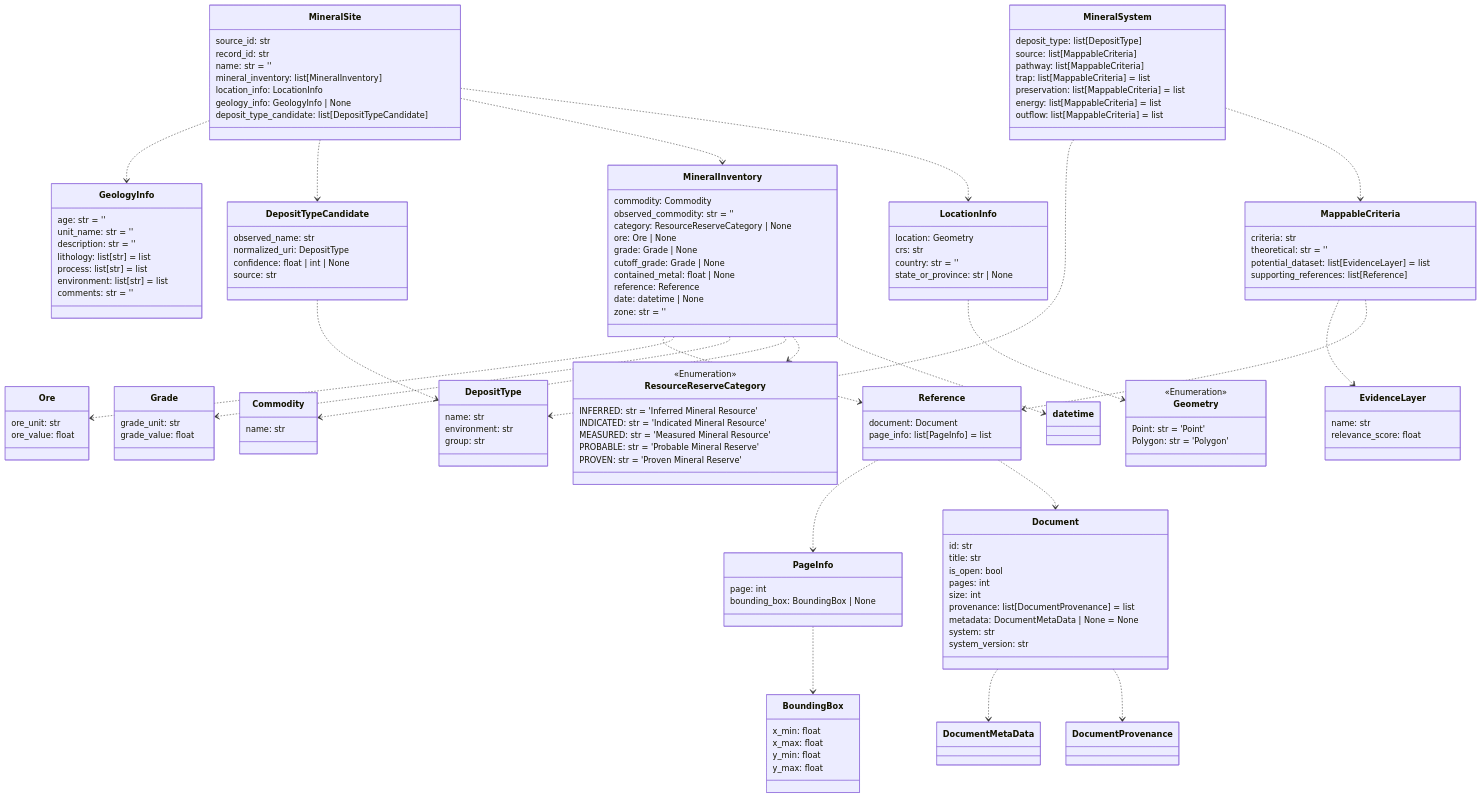
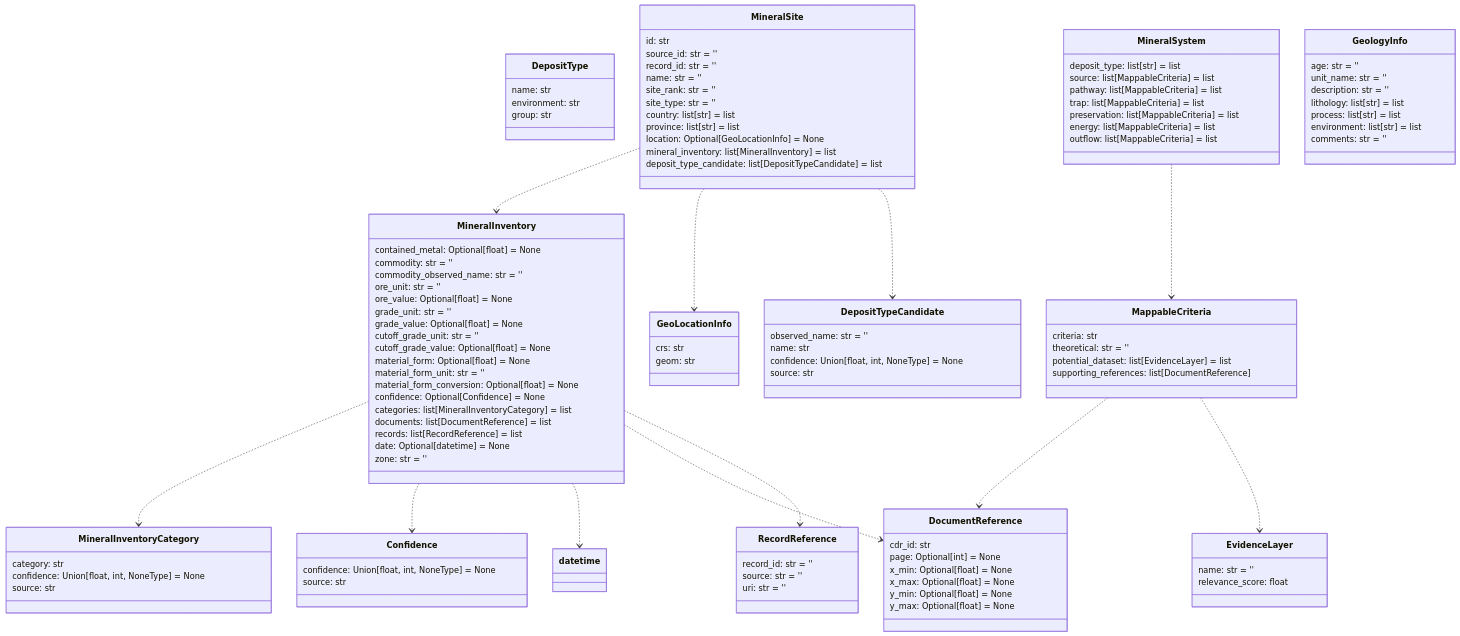
The tenth of 14 diagrams in README.md (DARPA-CRITICALMAAS/cdr_schemas), drawn with Mermaid before and after one commit. The commit also changed other lines of this file and 2 other files, not shown here.

First line of the commit message:
Mineral (#41)

````diff
--- a/README.md
+++ b/README.md
@@ -765,97 +765,105 @@
 ```mermaid
 classDiagram
 
-    class PageInfo {
-        page: int
-        bounding_box: BoundingBox | None
+    class MineralInventory {
+        contained_metal: Optional[float] = None
+        commodity: str = ''
+        commodity_observed_name: str = ''
+        ore_unit: str = ''
+        ore_value: Optional[float] = None
+        grade_unit: str = ''
+        grade_value: Optional[float] = None
+        cutoff_grade_unit: str = ''
+        cutoff_grade_value: Optional[float] = None
+        material_form: Optional[float] = None
+        material_form_unit: str = ''
+        material_form_conversion: Optional[float] = None
+        confidence: Optional[Confidence] = None
+        categories: list[MineralInventoryCategory] = list
+        documents: list[DocumentReference] = list
+        records: list[RecordReference] = list
+        date: Optional[datetime] = None
+        zone: str = ''
     }
 
-    class Document {
-        id: str
-        title: str
-        is_open: bool
-        pages: int
-        size: int
-        provenance: list[DocumentProvenance] = list
-        metadata: DocumentMetaData | None = None
-        system: str
-        system_version: str
+    class DepositTypeCandidate {
+        observed_name: str = ''
+        name: str
+        confidence: Union[float, int, NoneType] = None
+        source: str
     }
 
-    class LocationInfo {
-        location: Geometry
-        crs: str
-        country: str = ''
-        state_or_province: str | None
+    class RecordReference {
+        record_id: str = ''
+        source: str = ''
+        uri: str = ''
     }
 
     class EvidenceLayer {
-        name: str
+        name: str = ''
         relevance_score: float
-    }
-
-    class Commodity {
-        name: str
-    }
-
-    class Geometry {
-        <<Enumeration>>
-        Point: str = 'Point'
-        Polygon: str = 'Polygon'
-    }
-
-    class Grade {
-        grade_unit: str
-        grade_value: float
-    }
-
-    class DepositTypeCandidate {
-        observed_name: str
-        normalized_uri: DepositType
-        confidence: float | int | None
-        source: str
-    }
-
-    class Ore {
-        ore_unit: str
-        ore_value: float
-    }
-
-    class BoundingBox {
-        x_min: float
-        x_max: float
-        y_min: float
-        y_max: float
-    }
-
-    class MineralInventory {
-        commodity: Commodity
-        observed_commodity: str = ''
-        category: ResourceReserveCategory | None
-        ore: Ore | None
-        grade: Grade | None
-        cutoff_grade: Grade | None
-        contained_metal: float | None
-        reference: Reference
-        date: datetime | None
-        zone: str = ''
     }
 
     class MappableCriteria {
         criteria: str
         theoretical: str = ''
         potential_dataset: list[EvidenceLayer] = list
-        supporting_references: list[Reference]
+        supporting_references: list[DocumentReference]
+    }
+
+    class DocumentReference {
+        cdr_id: str
+        page: Optional[int] = None
+        x_min: Optional[float] = None
+        x_max: Optional[float] = None
+        y_min: Optional[float] = None
+        y_max: Optional[float] = None
+    }
+
+    class DepositType {
+        name: str
+        environment: str
+        group: str
+    }
+
+    class MineralInventoryCategory {
+        category: str
+        confidence: Union[float, int, NoneType] = None
+        source: str
+    }
+
+    class MineralSite {
+        id: str
+        source_id: str = ''
+        record_id: str = ''
+        name: str = ''
+        site_rank: str = ''
+        site_type: str = ''
+        country: list[str] = list
+        province: list[str] = list
+        location: Optional[GeoLocationInfo] = None
+        mineral_inventory: list[MineralInventory] = list
+        deposit_type_candidate: list[DepositTypeCandidate] = list
     }
 
     class MineralSystem {
-        deposit_type: list[DepositType]
-        source: list[MappableCriteria]
-        pathway: list[MappableCriteria]
+        deposit_type: list[str] = list
+        source: list[MappableCriteria] = list
+        pathway: list[MappableCriteria] = list
         trap: list[MappableCriteria] = list
         preservation: list[MappableCriteria] = list
         energy: list[MappableCriteria] = list
         outflow: list[MappableCriteria] = list
+    }
+
+    class Confidence {
+        confidence: Union[float, int, NoneType] = None
+        source: str
+    }
+
+    class GeoLocationInfo {
+        crs: str
+        geom: str
     }
 
     class GeologyInfo {
@@ -868,57 +876,17 @@
         comments: str = ''
     }
 
-    class DepositType {
-        name: str
-        environment: str
-        group: str
-    }
-
-    class MineralSite {
-        source_id: str
-        record_id: str
-        name: str = ''
-        mineral_inventory: list[MineralInventory]
-        location_info: LocationInfo
-        geology_info: GeologyInfo | None
-        deposit_type_candidate: list[DepositTypeCandidate]
-    }
-
-    class Reference {
-        document: Document
-        page_info: list[PageInfo] = list
-    }
-
-    class ResourceReserveCategory {
-        <<Enumeration>>
-        INFERRED: str = 'Inferred Mineral Resource'
-        INDICATED: str = 'Indicated Mineral Resource'
-        MEASURED: str = 'Measured Mineral Resource'
-        PROBABLE: str = 'Probable Mineral Reserve'
-        PROVEN: str = 'Proven Mineral Reserve'
-    }
-
-    Document ..> DocumentMetaData
-    Document ..> DocumentProvenance
-    DepositTypeCandidate ..> DepositType
-    PageInfo ..> BoundingBox
-    Reference ..> PageInfo
-    Reference ..> Document
+    MappableCriteria ..> DocumentReference
     MappableCriteria ..> EvidenceLayer
-    MappableCriteria ..> Reference
-    MineralSystem ..> DepositType
     MineralSystem ..> MappableCriteria
-    MineralInventory ..> Reference
-    MineralInventory ..> Ore
-    MineralInventory ..> Grade
-    MineralInventory ..> Commodity
-    MineralInventory ..> ResourceReserveCategory
+    MineralInventory ..> MineralInventoryCategory
+    MineralInventory ..> Confidence
     MineralInventory ..> datetime
-    LocationInfo ..> Geometry
-    MineralSite ..> GeologyInfo
+    MineralInventory ..> DocumentReference
+    MineralInventory ..> RecordReference
+    MineralSite ..> MineralInventory
+    MineralSite ..> GeoLocationInfo
     MineralSite ..> DepositTypeCandidate
-    MineralSite ..> MineralInventory
-    MineralSite ..> LocationInfo
 
 
 ```
````
